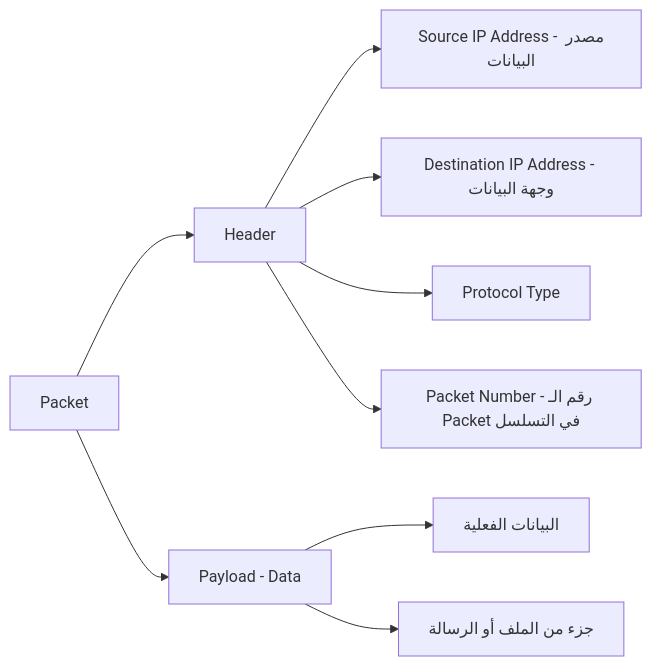
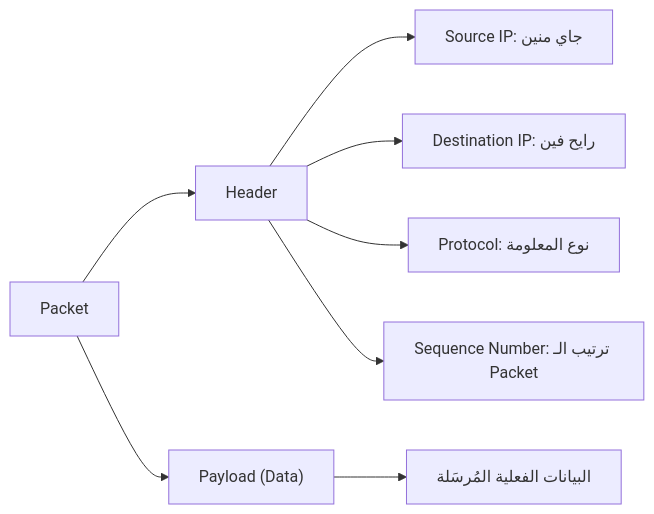
Before and after one commit to ammaryasser28/Introduction-To-Cyber-Security: diagram 12 of 14 in Operating Systems & Networking Fundamentals.md, drawn with Mermaid. The commit also changed other lines of this file, not shown here.

````diff
--- a/Operating Systems & Networking Fundamentals.md
+++ b/Operating Systems & Networking Fundamentals.md
@@ -464,14 +408,13 @@
 ```mermaid
 graph LR
-    PACKET[Packet]
-    PACKET --> HEADER[Header]
-    PACKET --> PAYLOAD[Payload - Data]
+    PKT["Packet"]
+    PKT --> H["Header"]
+    PKT --> P["Payload (Data)"]
 
-    HEADER --> H1[Source IP Address - مصدر البيانات]
-    HEADER --> H2[Destination IP Address - وجهة البيانات]
-    HEADER --> H3[Protocol Type]
-    HEADER --> H4[Packet Number - رقم الـ Packet في التسلسل]
+    H --> H1["Source IP: جاي منين"]
+    H --> H2["Destination IP: رايح فين"]
+    H --> H3["Protocol: نوع المعلومة"]
+    H --> H4["Sequence Number: ترتيب الـ Packet"]
 
-    PAYLOAD --> P1[البيانات الفعلية]
-    PAYLOAD --> P2[جزء من الملف أو الرسالة]
+    P --> P1["البيانات الفعلية المُرسَلة"]
 ```
````
